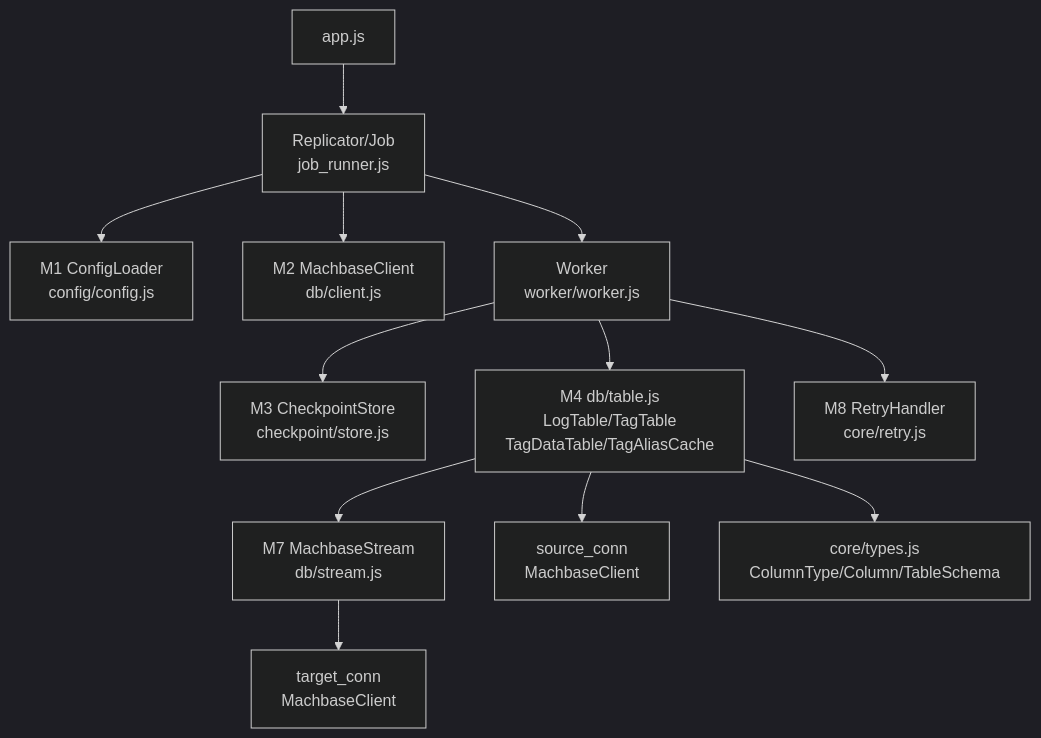
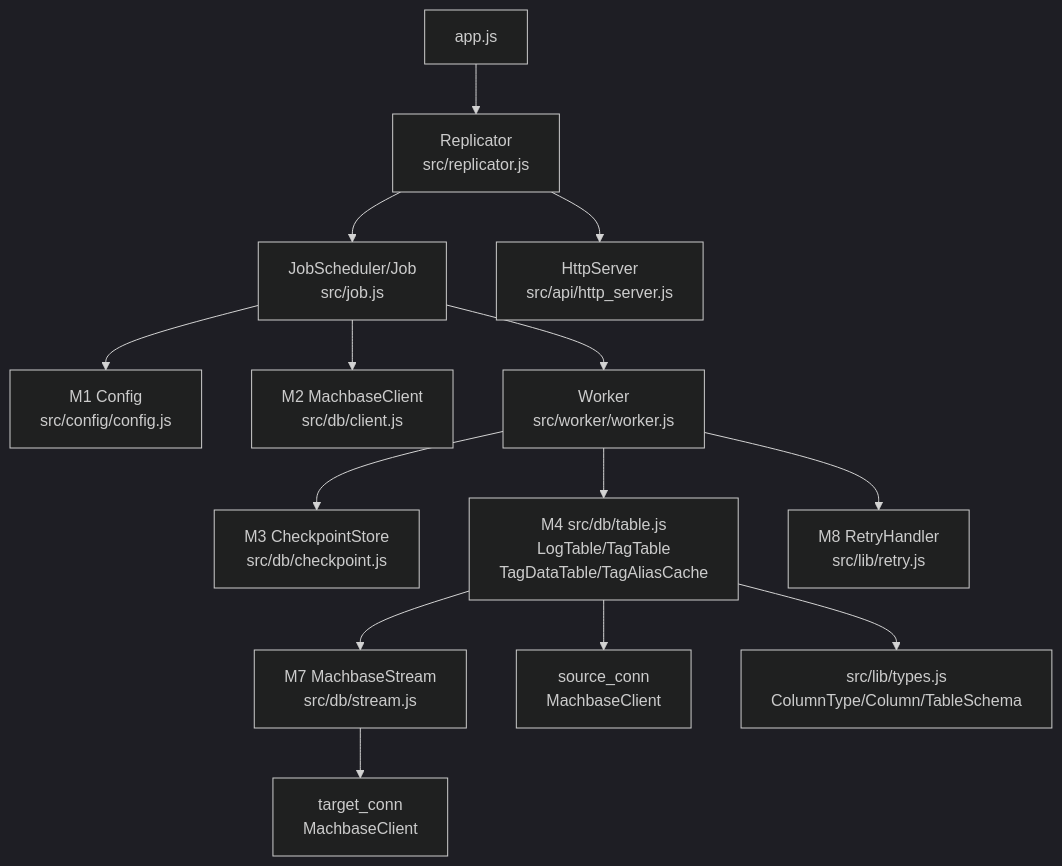
The first of 4 diagrams in docs/PROJECT.md (machbase/neo-pkg-replication), drawn with Mermaid (dark theme) before and after one commit. The commit also changed other lines of this file and 40 other files, not shown here.

````diff
--- a/docs/PROJECT.md
+++ b/docs/PROJECT.md
@@ -835,18 +833,20 @@
 ```mermaid
 graph TD
-    app["app.js"] --> JR["Replicator/Job\njob_runner.js"]
+    app["app.js"] --> R["Replicator\nsrc/replicator.js"]
+    R --> JS["JobScheduler/Job\nsrc/job.js"]
+    R --> HS["HttpServer\nsrc/api/http_server.js"]
 
-    JR --> CL["M1 ConfigLoader\nconfig/config.js"]
-    JR --> MC["M2 MachbaseClient\ndb/client.js"]
-    JR --> W["Worker\nworker/worker.js"]
+    JS --> CL["M1 Config\nsrc/config/config.js"]
+    JS --> MC["M2 MachbaseClient\nsrc/db/client.js"]
+    JS --> W["Worker\nsrc/worker/worker.js"]
 
-    W --> CP["M3 CheckpointStore\ncheckpoint/store.js"]
-    W --> TBL["M4 db/table.js\nLogTable/TagTable\nTagDataTable/TagAliasCache"]
-    W --> RH["M8 RetryHandler\ncore/retry.js"]
+    W --> CP["M3 CheckpointStore\nsrc/db/checkpoint.js"]
+    W --> TBL["M4 src/db/table.js\nLogTable/TagTable\nTagDataTable/TagAliasCache"]
+    W --> RH["M8 RetryHandler\nsrc/lib/retry.js"]
 
-    TBL --> ST["M7 MachbaseStream\ndb/stream.js"]
+    TBL --> ST["M7 MachbaseStream\nsrc/db/stream.js"]
     TBL --> src_conn["source_conn\nMachbaseClient"]
     ST --> tgt_conn["target_conn\nMachbaseClient"]
 
-    TBL --> TY["core/types.js\nColumnType/Column/TableSchema"]
+    TBL --> TY["src/lib/types.js\nColumnType/Column/TableSchema"]
 ```
````
